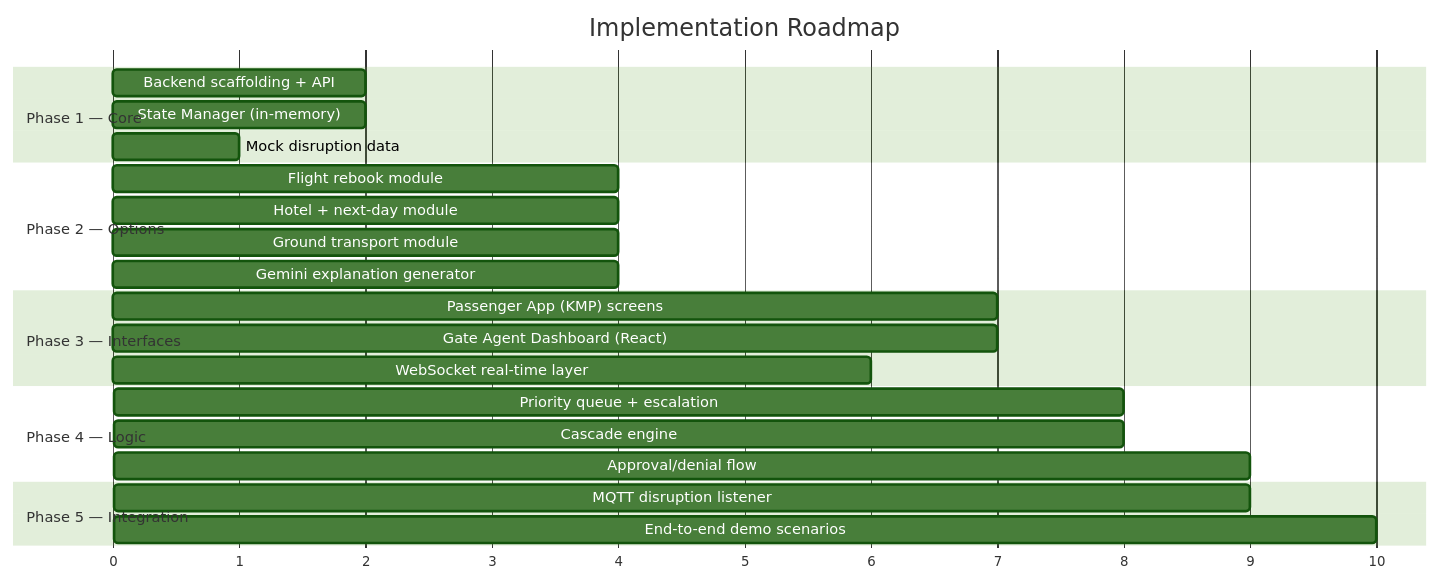
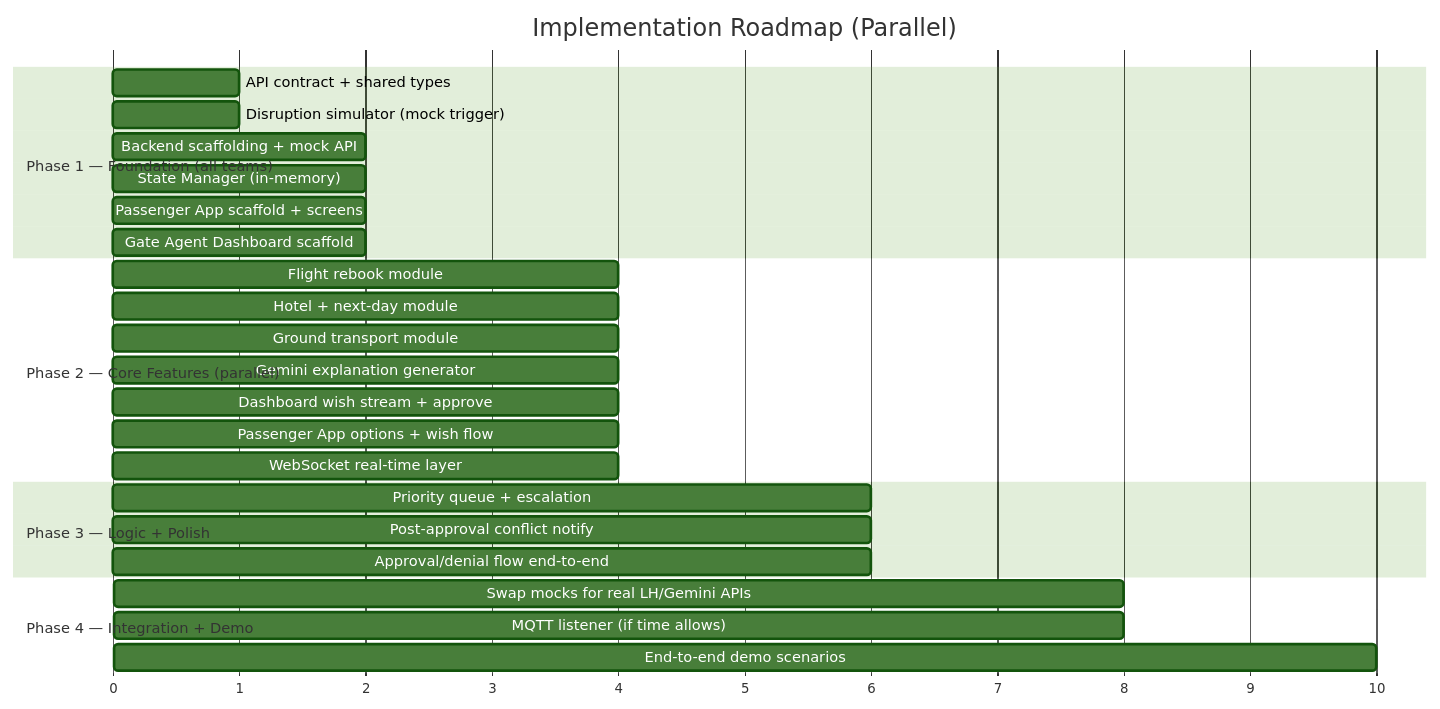
One commit to sussdorff/soft-landing changed the ninth of 12 diagrams in docs/architecture.md. Above: the diagram before and after it, drawn with Mermaid (forest theme). The commit also changed other lines of this file and 2 other files, not shown here.

First line of the commit message:
docs: apply architecture review — parallel roadmap, simplified cascade, simulator-first, gate-agent framing, API contract

````diff
--- a/docs/architecture.md
+++ b/docs/architecture.md
@@ -293,31 +305,33 @@
 ```mermaid
 gantt
-    title Implementation Roadmap
+    title Implementation Roadmap (Parallel)
     dateFormat X
     axisFormat %s
 
-    section Phase 1 — Core
-    Backend scaffolding + API          :p1, 0, 2
-    State Manager (in-memory)          :p2, 0, 2
-    Mock disruption data               :p3, 0, 1
+    section Phase 1 — Foundation (all teams)
+    API contract + shared types        :p1, 0, 1
+    Disruption simulator (mock trigger):p2, 0, 1
+    Backend scaffolding + mock API     :p3, 0, 2
+    State Manager (in-memory)          :p4, 0, 2
+    Passenger App scaffold + screens   :p5, 0, 2
+    Gate Agent Dashboard scaffold      :p6, 0, 2
 
-    section Phase 2 — Options
-    Flight rebook module               :p4, 2, 4
-    Hotel + next-day module            :p5, 2, 4
-    Ground transport module            :p6, 2, 4
-    Gemini explanation generator       :p7, 2, 4
+    section Phase 2 — Core Features (parallel)
+    Flight rebook module               :p7, 2, 4
+    Hotel + next-day module            :p8, 2, 4
+    Ground transport module            :p9, 2, 4
+    Gemini explanation generator       :p10, 2, 4
+    Dashboard wish stream + approve    :p11, 2, 4
+    Passenger App options + wish flow  :p12, 2, 4
+    WebSocket real-time layer          :p13, 2, 4
 
-    section Phase 3 — Interfaces
-    Passenger App (KMP) screens        :p8, 4, 7
-    Gate Agent Dashboard (React)       :p9, 4, 7
-    WebSocket real-time layer          :p10, 4, 6
+    section Phase 3 — Logic + Polish
+    Priority queue + escalation        :p14, 4, 6
+    Post-approval conflict notify      :p15, 4, 6
+    Approval/denial flow end-to-end    :p16, 4, 6
 
-    section Phase 4 — Logic
-    Priority queue + escalation        :p11, 6, 8
-    Cascade engine                     :p12, 6, 8
-    Approval/denial flow               :p13, 7, 9
-
-    section Phase 5 — Integration
-    MQTT disruption listener           :p14, 8, 9
-    End-to-end demo scenarios          :p15, 9, 10
+    section Phase 4 — Integration + Demo
+    Swap mocks for real LH/Gemini APIs :p17, 6, 8
+    MQTT listener (if time allows)     :p18, 7, 8
+    End-to-end demo scenarios          :p19, 8, 10
 ```
````
